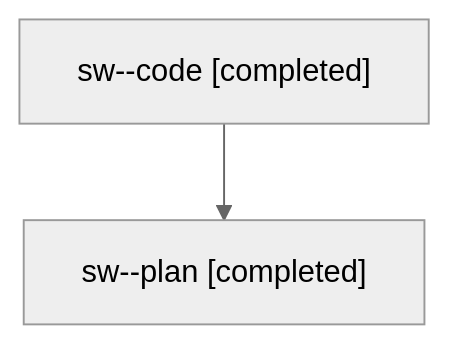
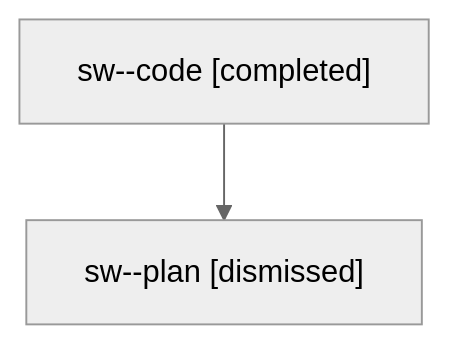
Before and after one commit to sase-org/sase--agents: the diagram in families/bbugyi200.athena.sw.md, drawn with Mermaid (neutral theme). The commit also changed other lines of this file and 5813 other files, not shown here.

````diff
--- a/families/bbugyi200.athena.sw.md
+++ b/families/bbugyi200.athena.sw.md
@@ -9,6 +9,6 @@
 ```mermaid
 flowchart TD
   n0["sw--code [completed]"]
-  n1["sw--plan [completed]"]
+  n1["sw--plan [dismissed]"]
   n0 --> n1
 ```
````
